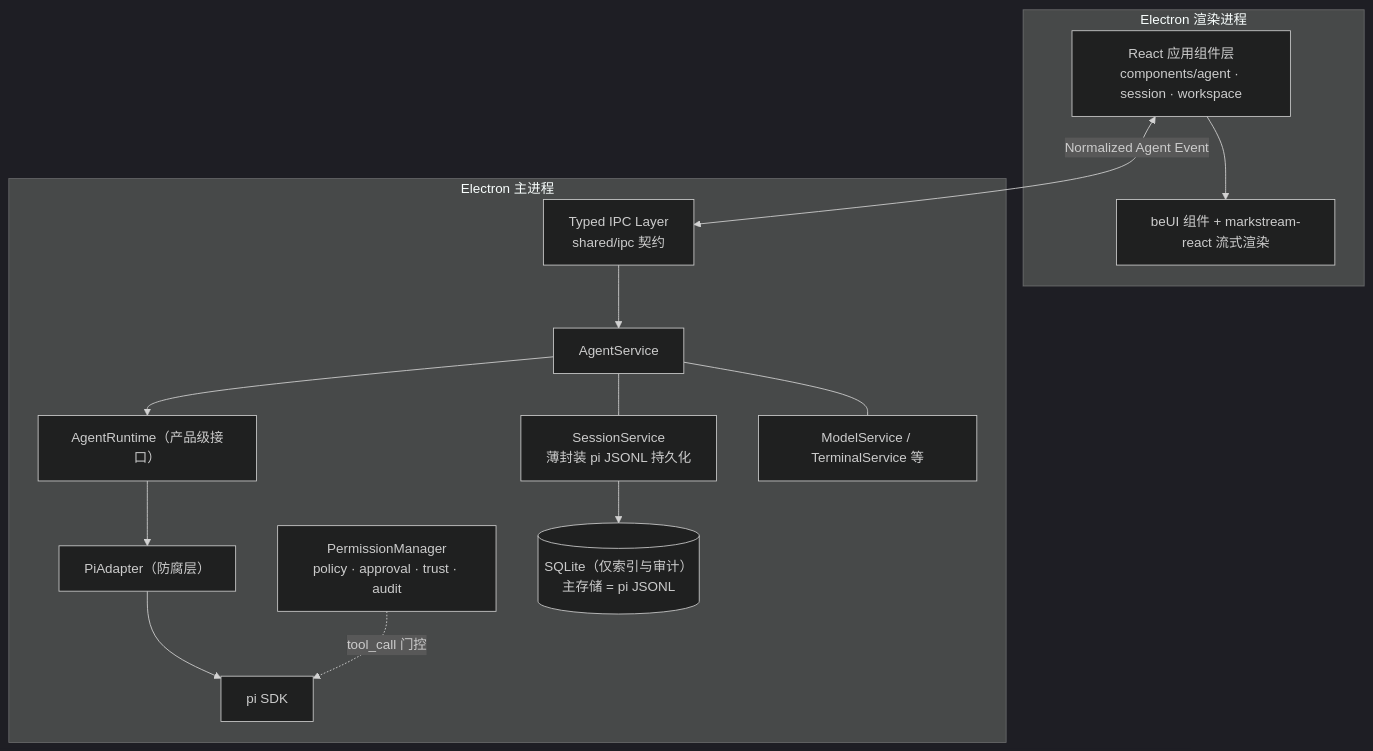
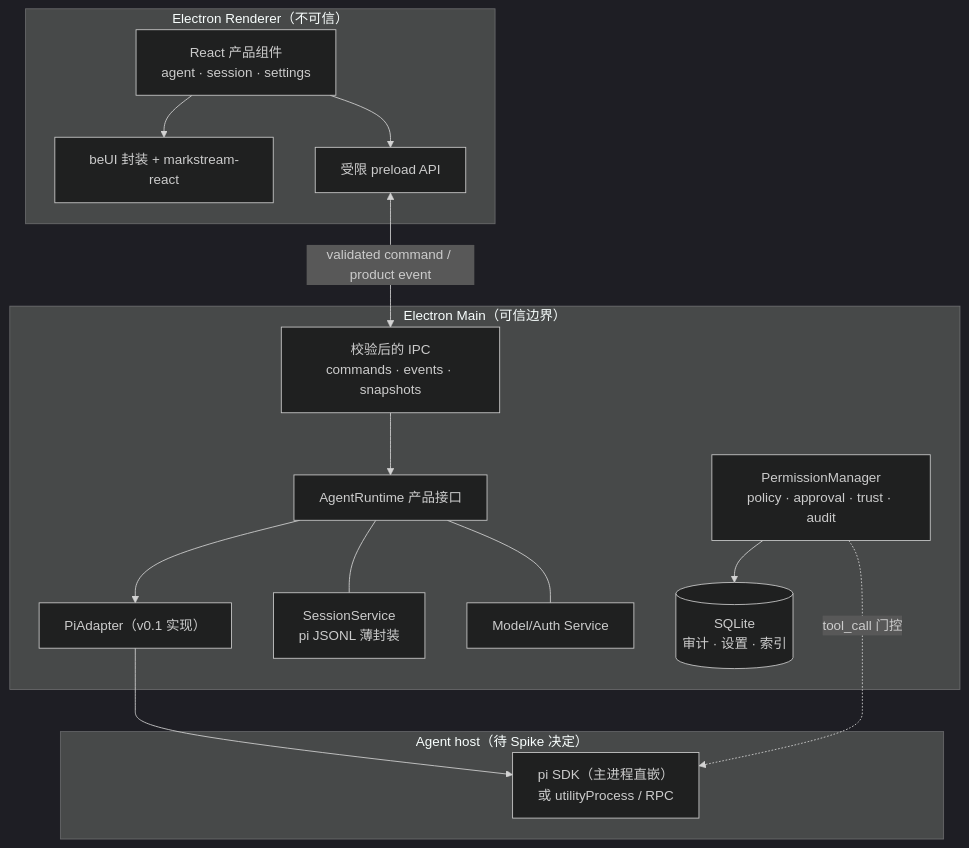
The first of 2 diagrams in docs/desktop-agent-tech-stack.md (hexbee/hello-agent), drawn with Mermaid (dark theme) before and after one commit. The commit also changed other lines of this file, not shown here.

Commit message:
docs: 技术选型 v0.3 重构为冻结前基线（安全基线/Trust 矩阵/事件契约/鉴权入门/Spike 验收）

````diff
--- a/docs/desktop-agent-tech-stack.md
+++ b/docs/desktop-agent-tech-stack.md
@@ -11,28 +44,31 @@
 ```mermaid
 flowchart TB
-    subgraph Renderer["Electron 渲染进程"]
-        UI["React 应用组件层<br/>components/agent · session · workspace"]
-        DS["beUI 组件 + markstream-react 流式渲染"]
+    subgraph Renderer["Electron Renderer（不可信）"]
+        UI["React 产品组件<br/>agent · session · settings"]
+        DS["beUI 封装 + markstream-react"]
+        PRE["受限 preload API"]
         UI --> DS
+        UI --> PRE
     end
 
-    subgraph Main["Electron 主进程"]
-        IPC["Typed IPC Layer<br/>shared/ipc 契约"]
-        AS["AgentService"]
-        AR["AgentRuntime（产品级接口）"]
-        PA["PiAdapter（防腐层）"]
-        PI["pi SDK"]
-
+    subgraph Main["Electron Main（可信边界）"]
+        IPC["校验后的 IPC<br/>commands · events · snapshots"]
+        AR["AgentRuntime 产品接口"]
+        PA["PiAdapter（v0.1 实现）"]
         PM["PermissionManager<br/>policy · approval · trust · audit"]
-        SS["SessionService<br/>薄封装 pi JSONL 持久化"]
-        MS["ModelService / TerminalService 等"]
-
-        DB[("SQLite（仅索引与审计）<br/>主存储 = pi JSONL")]
+        SS["SessionService<br/>pi JSONL 薄封装"]
+        MS["Model/Auth Service"]
+        DB[("SQLite<br/>审计 · 设置 · 索引")]
     end
 
-    UI <-->|"Normalized Agent Event"| IPC
-    IPC --> AS --> AR --> PA --> PI
-    PM -.->|tool_call 门控| PI
-    AS --- SS --> DB
-    AS --- MS
+    subgraph Host["Agent host（待 Spike 决定）"]
+        PI["pi SDK（主进程直嵌）<br/>或 utilityProcess / RPC"]
+    end
+
+    PRE <-->|"validated command / product event"| IPC
+    IPC --> AR --> PA --> PI
+    PM -. "tool_call 门控" .-> PI
+    AR --- SS
+    AR --- MS
+    PM --> DB
 ```
````
